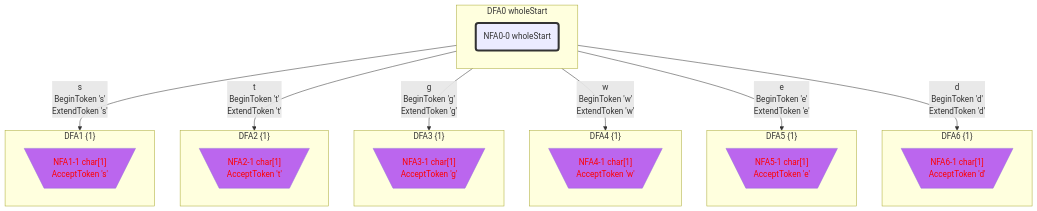
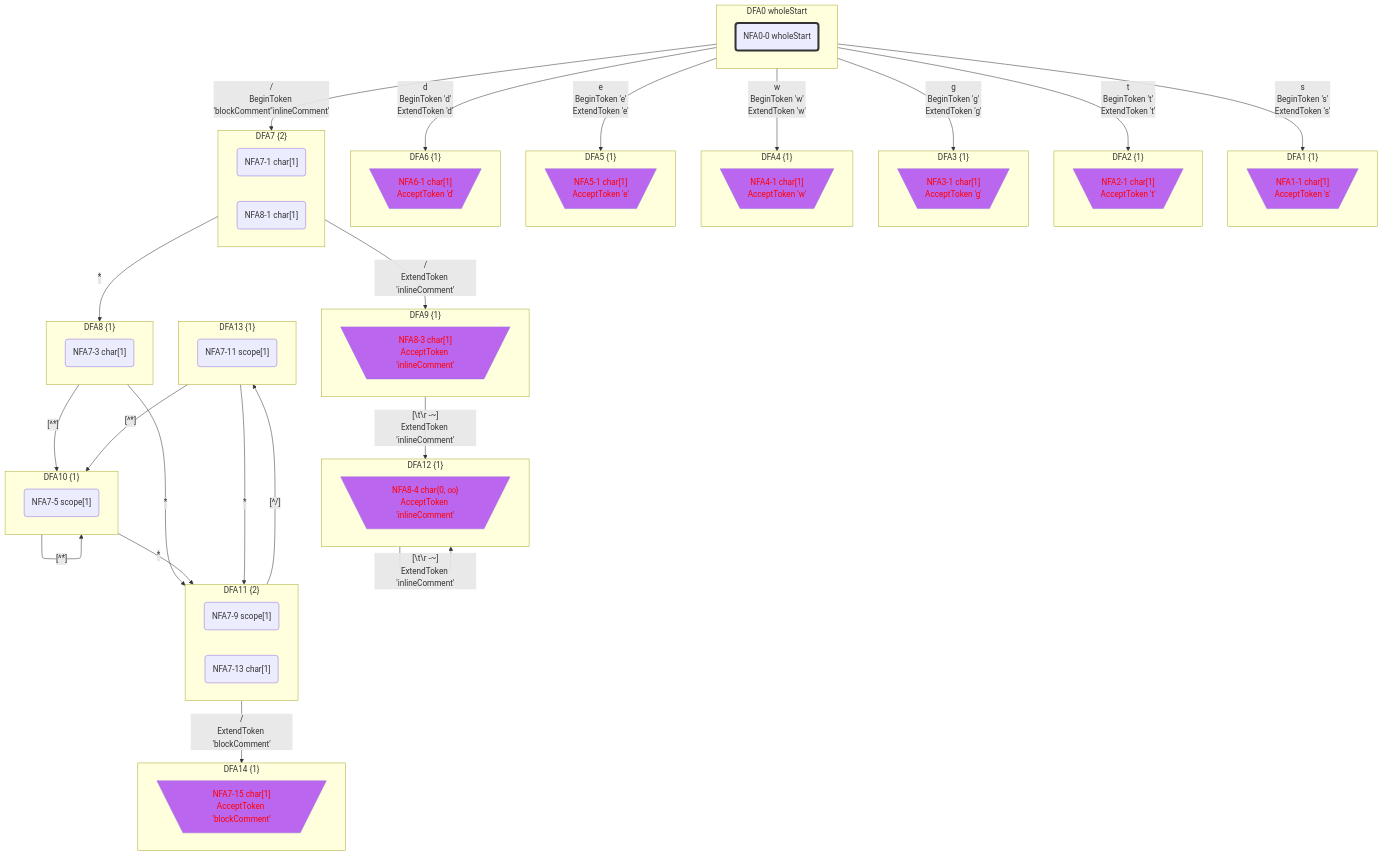
The fourth of 7 diagrams in Practices/Practice.GeneratedXxxFormat.Test/GeneratedSES/doc/LexicalStates.gen.md (bitzhuwei/GrammarMentor), drawn with Mermaid before and after one commit. The commit also changed other lines of this file and 3868 other files, not shown here.

````diff
--- a/Practices/Practice.GeneratedXxxFormat.Test/GeneratedSES/doc/LexicalStates.gen.md
+++ b/Practices/Practice.GeneratedXxxFormat.Test/GeneratedSES/doc/LexicalStates.gen.md
@@ -546,63 +851,116 @@
 classDef c1101 stroke:#333,stroke-width:4px,fill:#BB66EE,color:#FF0000;
 classDef c1110 stroke:#333,stroke-width:4px,fill:#BB66EE,stroke-dasharray: 10 10;
 classDef c1111 stroke:#333,stroke-width:4px,fill:#BB66EE,stroke-dasharray: 10 10,color:#FF0000;
-subgraph DFA0_1716080415["DFA0 wholeStart"]
-NFA0_0_133067_0("NFA0-0 wholeStart")
-class NFA0_0_133067_0 c1000;
+subgraph DFA0_-1299054439["DFA0 wholeStart"]
+NFA0_0_43894985_0("NFA0-0 wholeStart")
+class NFA0_0_43894985_0 c1000;
 end
-class DFA0_1716080415 c1000;
-subgraph DFA1_-240143629["DFA1 {1}"]
-NFA1_1_29840947_1[\"NFA1-1 char[1]
+class DFA0_-1299054439 c1000;
+subgraph DFA1_1055845689["DFA1 {1}"]
+NFA1_1_4877220_1[\"NFA1-1 char[1]
 AcceptToken 's'"/]
-class NFA1_1_29840947_1 c0101;
+class NFA1_1_4877220_1 c0101;
 end
-class DFA1_-240143629 c0101;
-subgraph DFA2_301028278["DFA2 {1}"]
-NFA2_1_1197606_2[\"NFA2-1 char[1]
+class DFA1_1055845689 c0101;
+subgraph DFA2_-1917490574["DFA2 {1}"]
+NFA2_1_59510545_2[\"NFA2-1 char[1]
 AcceptToken 't'"/]
-class NFA2_1_1197606_2 c0101;
+class NFA2_1_59510545_2 c0101;
 end
-class DFA2_301028278 c0101;
-subgraph DFA3_-386939718["DFA3 {1}"]
-NFA3_1_10778462_3[\"NFA3-1 char[1]
+class DFA2_-1917490574 c0101;
+subgraph DFA3_-701376295["DFA3 {1}"]
+NFA3_1_65832863_3[\"NFA3-1 char[1]
 AcceptToken 'g'"/]
-class NFA3_1_10778462_3 c0101;
+class NFA3_1_65832863_3 c0101;
 end
-class DFA3_-386939718 c0101;
-subgraph DFA4_-1306490502["DFA4 {1}"]
-NFA4_1_29897299_4[\"NFA4-1 char[1]
+class DFA3_-701376295 c0101;
+subgraph DFA4_-681318700["DFA4 {1}"]
+NFA4_1_55624859_4[\"NFA4-1 char[1]
 AcceptToken 'w'"/]
-class NFA4_1_29897299_4 c0101;
+class NFA4_1_55624859_4 c0101;
 end
-class DFA4_-1306490502 c0101;
-subgraph DFA5_-1787280378["DFA5 {1}"]
-NFA5_1_640238_5[\"NFA5-1 char[1]
+class DFA4_-681318700 c0101;
+subgraph DFA5_2051529573["DFA5 {1}"]
+NFA5_1_30861686_5[\"NFA5-1 char[1]
 AcceptToken 'e'"/]
-class NFA5_1_640238_5 c0101;
+class NFA5_1_30861686_5 c0101;
 end
-class DFA5_-1787280378 c0101;
-subgraph DFA6_-1886935679["DFA6 {1}"]
-NFA6_1_5762144_6[\"NFA6-1 char[1]
+class DFA5_2051529573 c0101;
+subgraph DFA6_-1169595839["DFA6 {1}"]
+NFA6_1_9319721_6[\"NFA6-1 char[1]
 AcceptToken 'd'"/]
-class NFA6_1_5762144_6 c0101;
+class NFA6_1_9319721_6 c0101;
 end
-class DFA6_-1886935679 c0101;
-DFA0_1716080415 -->|"s
+class DFA6_-1169595839 c0101;
+subgraph DFA7_-670766500["DFA7 {2}"]
+NFA7_1_16768629_7("NFA7-1 char[1]")
+NFA8_1_16699940_8("NFA8-1 char[1]")
+end
+subgraph DFA8_1306797959["DFA8 {1}"]
+NFA7_3_10517875_9("NFA7-3 char[1]")
+end
+subgraph DFA9_-1957368769["DFA9 {1}"]
+NFA8_3_16081733_10[\"NFA8-3 char[1]
+AcceptToken 'inlineComment'"/]
+class NFA8_3_16081733_10 c0101;
+end
+class DFA9_-1957368769 c0101;
+subgraph DFA10_-167006945["DFA10 {1}"]
+NFA7_5_46641535_11("NFA7-5 scope[1]")
+end
+subgraph DFA11_1657803936["DFA11 {2}"]
+NFA7_9_27552014_12("NFA7-9 scope[1]")
+NFA7_13_17120631_13("NFA7-13 char[1]")
+end
+subgraph DFA12_1950027080["DFA12 {1}"]
+NFA8_4_19867951_14[\"NFA8-4 char{0, ∞}
+AcceptToken 'inlineComment'"/]
+class NFA8_4_19867951_14 c0101;
+end
+class DFA12_1950027080 c0101;
+subgraph DFA13_-1208762609["DFA13 {1}"]
+NFA7_11_65800171_15("NFA7-11 scope[1]")
+end
+subgraph DFA14_-560072739["DFA14 {1}"]
+NFA7_15_44593832_16[\"NFA7-15 char[1]
+AcceptToken 'blockComment'"/]
+class NFA7_15_44593832_16 c0101;
+end
+class DFA14_-560072739 c0101;
+DFA0_-1299054439 -->|"s
 BeginToken 's'
-ExtendToken 's'"|DFA1_-240143629
-DFA0_1716080415 -->|"t
+ExtendToken 's'"|DFA1_1055845689
+DFA0_-1299054439 -->|"t
 BeginToken 't'
-ExtendToken 't'"|DFA2_301028278
-DFA0_1716080415 -->|"g
+ExtendToken 't'"|DFA2_-1917490574
+DFA0_-1299054439 -->|"g
 BeginToken 'g'
-ExtendToken 'g'"|DFA3_-386939718
-DFA0_1716080415 -->|"w
+ExtendToken 'g'"|DFA3_-701376295
+DFA0_-1299054439 -->|"w
 BeginToken 'w'
-ExtendToken 'w'"|DFA4_-1306490502
-DFA0_1716080415 -->|"e
+ExtendToken 'w'"|DFA4_-681318700
+DFA0_-1299054439 -->|"e
 BeginToken 'e'
-ExtendToken 'e'"|DFA5_-1787280378
-DFA0_1716080415 -->|"d
+ExtendToken 'e'"|DFA5_2051529573
+DFA0_-1299054439 -->|"d
 BeginToken 'd'
-ExtendToken 'd'"|DFA6_-1886935679
+ExtendToken 'd'"|DFA6_-1169595839
+DFA0_-1299054439 -->|"/
+BeginToken 'blockComment''inlineComment'"|DFA7_-670766500
+DFA7_-670766500 -->|"*"|DFA8_1306797959
+DFA7_-670766500 -->|"/
+ExtendToken 'inlineComment'"|DFA9_-1957368769
+DFA8_1306797959 -->|"[^*]"|DFA10_-167006945
+DFA8_1306797959 -->|"*"|DFA11_1657803936
+DFA9_-1957368769 -->|"[#92;t#92;r#32;-~]
+ExtendToken 'inlineComment'"|DFA12_1950027080
+DFA10_-167006945 -->|"[^*]"|DFA10_-167006945
+DFA10_-167006945 -->|"*"|DFA11_1657803936
+DFA11_1657803936 -->|"[^/]"|DFA13_-1208762609
+DFA11_1657803936 -->|"/
+ExtendToken 'blockComment'"|DFA14_-560072739
+DFA12_1950027080 -->|"[#92;t#92;r#32;-~]
+ExtendToken 'inlineComment'"|DFA12_1950027080
+DFA13_-1208762609 -->|"[^*]"|DFA10_-167006945
+DFA13_-1208762609 -->|"*"|DFA11_1657803936
 ```
````
